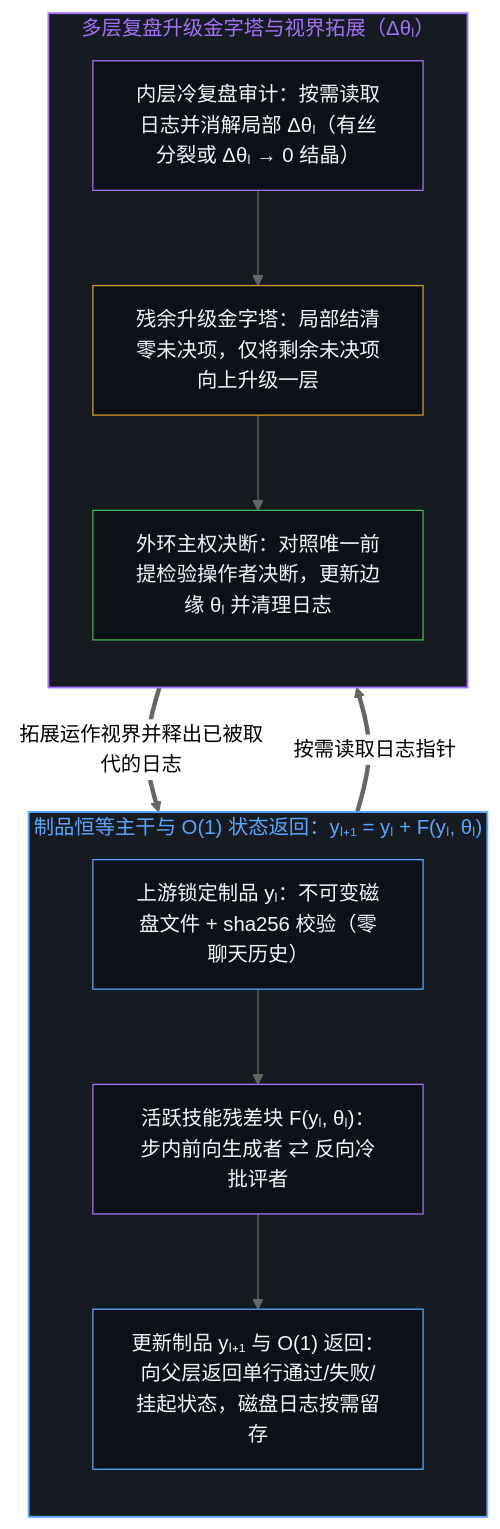
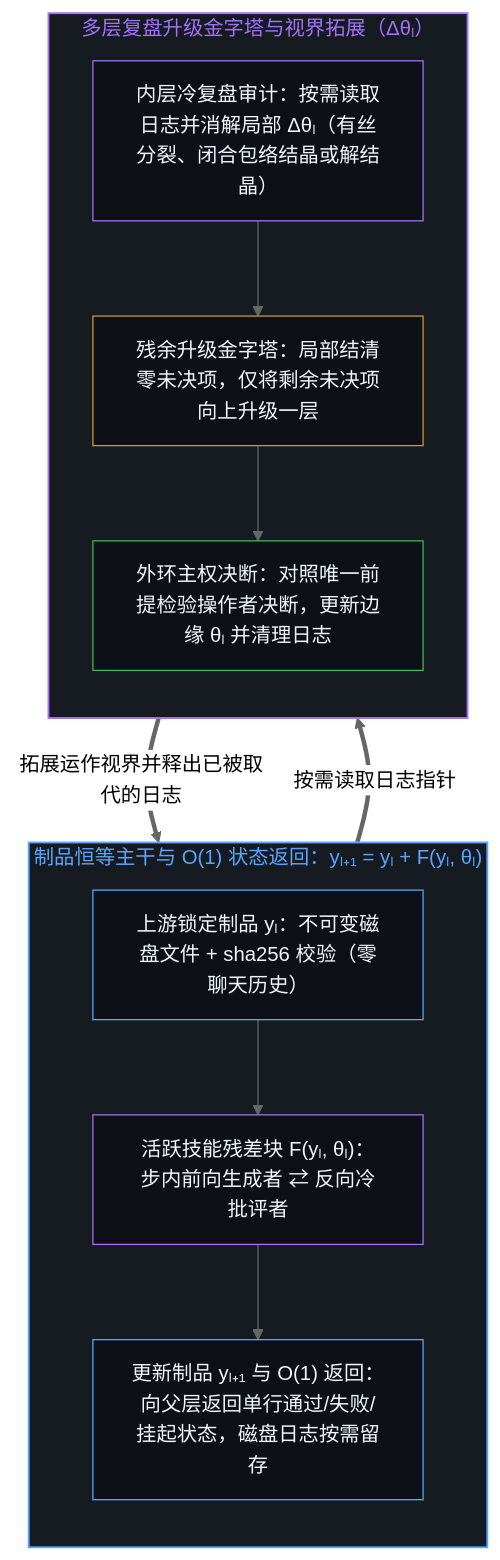
The third of 4 diagrams in content/posts/dynamic-resnet-of-skill-loops.md (powerpig99/not-a-toe), drawn with Mermaid (neutral theme) before and after one commit. The commit also changed other lines of this file and 14 other files, not shown here.

````diff
--- a/content/posts/dynamic-resnet-of-skill-loops.md
+++ b/content/posts/dynamic-resnet-of-skill-loops.md
@@ -115,27 +115,27 @@
 ```mermaid
 flowchart TD
     subgraph S_Highway["制品恒等主干与 O(1) 状态返回：yₗ₊₁ = yₗ + F(yₗ, θₗ)"]
         direction TB
         H_In["上游锁定制品 yₗ：不可变磁盘文件 + sha256 校验（零聊天历史）"]
         H_Block["活跃技能残差块 F(yₗ, θₗ)：步内前向生成者 ⇄ 反向冷批评者"]
         H_Out["更新制品 yₗ₊₁ 与 O(1) 返回：向父层返回单行通过/失败/挂起状态，磁盘日志按需留存"]
         H_In --> H_Block --> H_Out
     end
     subgraph S_Dynamic["多层复盘升级金字塔与视界拓展（Δθₗ）"]
         direction TB
-        D_Local["内层冷复盘审计：按需读取日志并消解局部 Δθₗ（有丝分裂或 Δθₗ → 0 结晶）"]
+        D_Local["内层冷复盘审计：按需读取日志并消解局部 Δθₗ（有丝分裂、闭合包络结晶或解结晶）"]
         D_Esc["残余升级金字塔：局部结清零未决项，仅将剩余未决项向上升级一层"]
         D_Ratify["外环主权决断：对照唯一前提检验操作者决断，更新边缘 θₗ 并清理日志"]
         D_Local --> D_Esc --> D_Ratify
     end
     H_Out ==>|"按需读取日志指针"| D_Local
     D_Ratify ==>|"拓展运作视界并释出已被取代的日志"| H_In
     style S_Highway fill:#161b22,stroke:#58a6ff,stroke-width:1.5px,color:#58a6ff
     style S_Dynamic fill:#161b22,stroke:#a371f7,stroke-width:1.5px,color:#a371f7
     style H_In fill:#0d1117,stroke:#58a6ff,stroke-width:1px,color:#f0f6fc
     style H_Block fill:#0d1117,stroke:#a371f7,stroke-width:1px,color:#f0f6fc
     style H_Out fill:#0d1117,stroke:#58a6ff,stroke-width:1px,color:#f0f6fc
     style D_Local fill:#0d1117,stroke:#a371f7,stroke-width:1px,color:#f0f6fc
     style D_Esc fill:#0d1117,stroke:#d29922,stroke-width:1px,color:#f0f6fc
     style D_Ratify fill:#0d1117,stroke:#3fb950,stroke-width:1px,color:#f0f6fc
 ```
````
